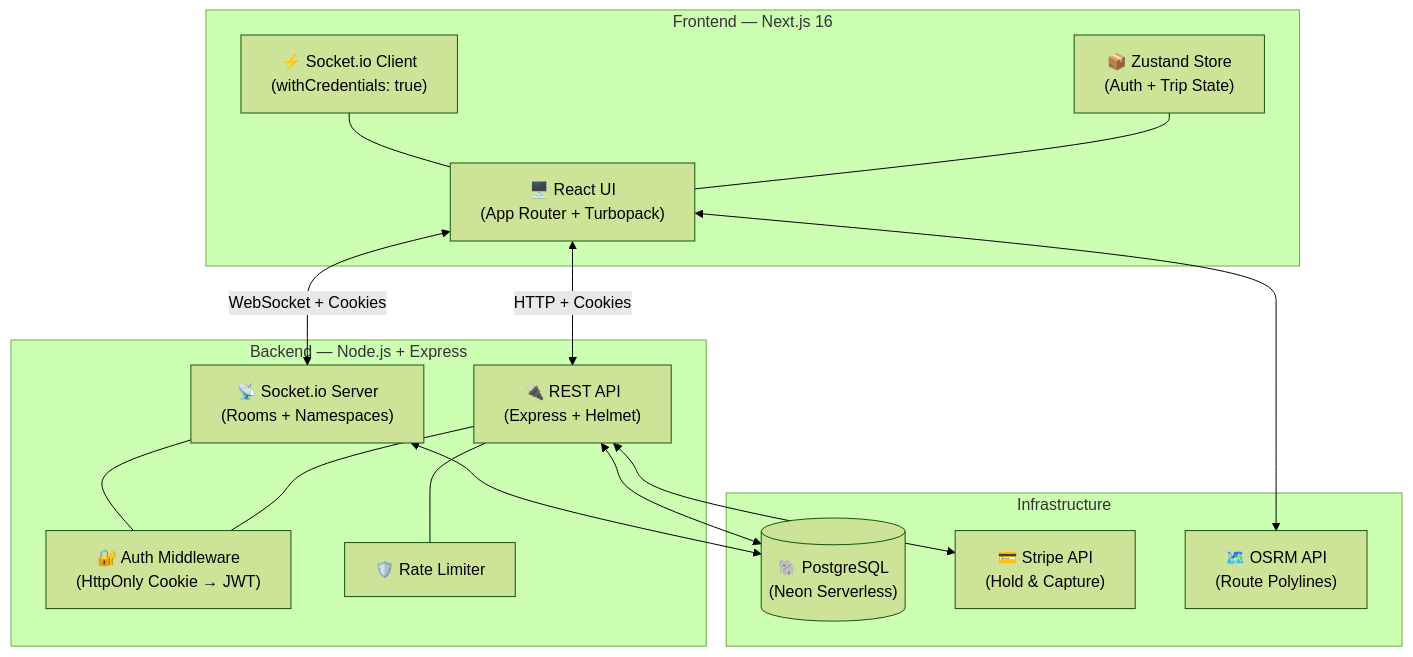
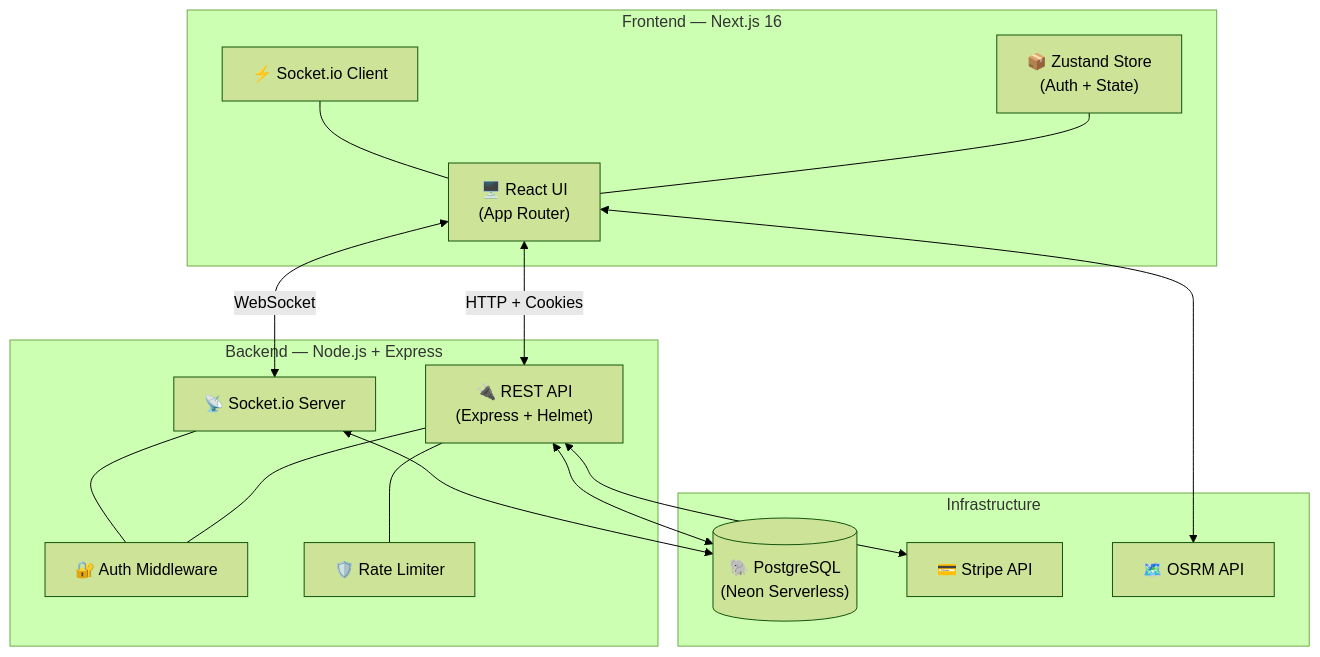
The first of 2 diagrams in README.md (sarthaksaxenaa/RideShare-Platform), drawn with Mermaid (forest theme) before and after one commit. The commit also changed other lines of this file and 8 other files, not shown here.

````diff
--- a/README.md
+++ b/README.md
@@ -125,33 +82,33 @@
 ```mermaid
 graph TB
     subgraph "Frontend — Next.js 16"
-        UI["🖥️ React UI<br/>(App Router + Turbopack)"]
-        Store["📦 Zustand Store<br/>(Auth + Trip State)"]
-        WS["⚡ Socket.io Client<br/>(withCredentials: true)"]
+        UI["🖥️ React UI<br/>(App Router)"]
+        Store["📦 Zustand Store<br/>(Auth + State)"]
+        WS["⚡ Socket.io Client"]
     end
 
     subgraph "Backend — Node.js + Express"
         API["🔌 REST API<br/>(Express + Helmet)"]
-        Auth["🔐 Auth Middleware<br/>(HttpOnly Cookie → JWT)"]
-        Socket["📡 Socket.io Server<br/>(Rooms + Namespaces)"]
+        Auth["🔐 Auth Middleware"]
+        Socket["📡 Socket.io Server"]
         Rate["🛡️ Rate Limiter"]
     end
 
     subgraph "Infrastructure"
         DB[("🐘 PostgreSQL<br/>(Neon Serverless)")]
-        Stripe["💳 Stripe API<br/>(Hold & Capture)"]
-        OSRM["🗺️ OSRM API<br/>(Route Polylines)"]
+        Stripe["💳 Stripe API"]
+        OSRM["🗺️ OSRM API"]
     end
 
     UI <-->|"HTTP + Cookies"| API
-    UI <-->|"WebSocket + Cookies"| Socket
+    UI <-->|"WebSocket"| Socket
     Store --- UI
     WS --- UI
     API --- Auth
     Socket --- Auth
     API --- Rate
     API <--> DB
     Socket <--> DB
     API <--> Stripe
     UI <--> OSRM
 ```
````
